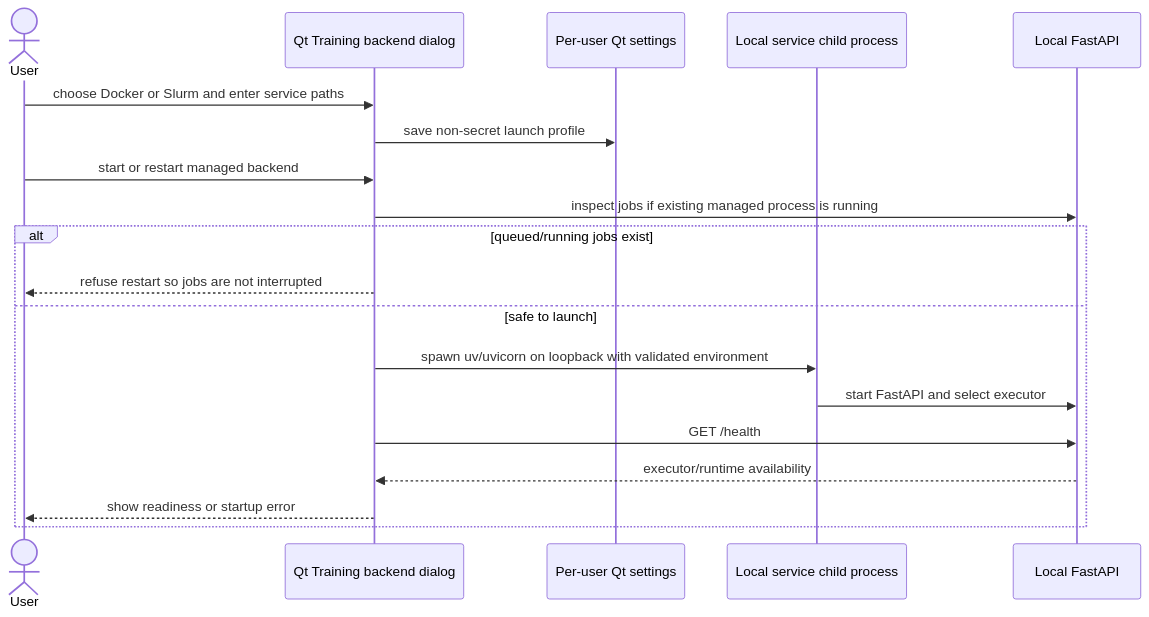
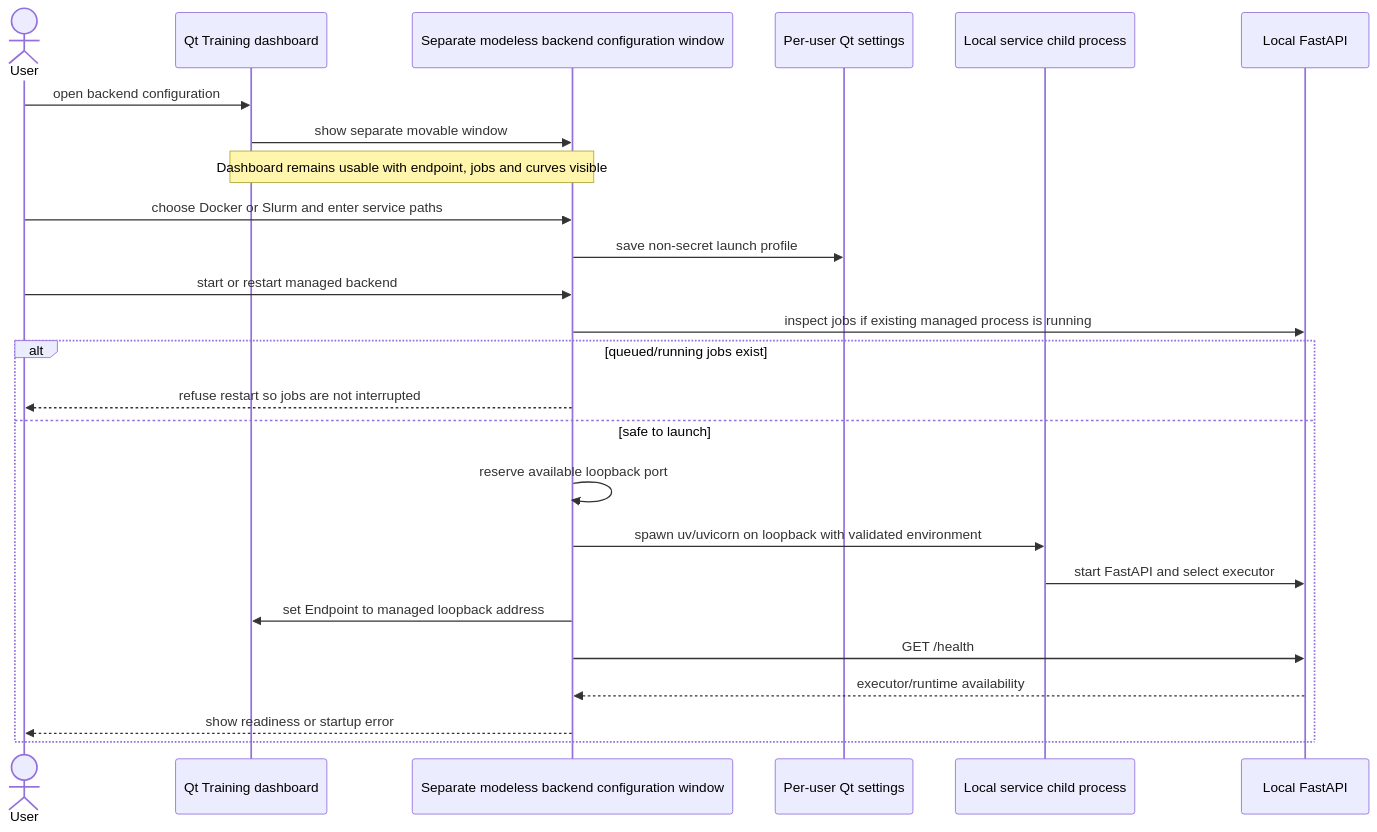
The second of 6 diagrams in docs/knowledge/uml/sequences/backend-training.md (LucaSforza/nnmodelling-ui), drawn with Mermaid before and after one commit. The commit also changed 23 other files, not shown here.

Commit message:
docs: illustrate Slurm setup in Training UI

````diff
--- a/docs/knowledge/uml/sequences/backend-training.md
+++ b/docs/knowledge/uml/sequences/backend-training.md
@@ -51,21 +51,27 @@
 ```mermaid
 sequenceDiagram
     actor User
-    participant UI as Qt Training backend dialog
+    participant Dashboard as Qt Training dashboard
+    participant Config as Separate modeless backend configuration window
     participant Settings as Per-user Qt settings
     participant Process as Local service child process
     participant API as Local FastAPI
-    User->>UI: choose Docker or Slurm and enter service paths
-    UI->>Settings: save non-secret launch profile
-    User->>UI: start or restart managed backend
-    UI->>API: inspect jobs if existing managed process is running
+    User->>Dashboard: open backend configuration
+    Dashboard->>Config: show separate movable window
+    Note over Dashboard,Config: Dashboard remains usable with endpoint, jobs and curves visible
+    User->>Config: choose Docker or Slurm and enter service paths
+    Config->>Settings: save non-secret launch profile
+    User->>Config: start or restart managed backend
+    Config->>API: inspect jobs if existing managed process is running
     alt queued/running jobs exist
-        UI-->>User: refuse restart so jobs are not interrupted
+        Config-->>User: refuse restart so jobs are not interrupted
     else safe to launch
-        UI->>Process: spawn uv/uvicorn on loopback with validated environment
+        Config->>Config: reserve available loopback port
+        Config->>Process: spawn uv/uvicorn on loopback with validated environment
         Process->>API: start FastAPI and select executor
-        UI->>API: GET /health
-        API-->>UI: executor/runtime availability
-        UI-->>User: show readiness or startup error
+        Config->>Dashboard: set Endpoint to managed loopback address
+        Config->>API: GET /health
+        API-->>Config: executor/runtime availability
+        Config-->>User: show readiness or startup error
     end
 ```
````
